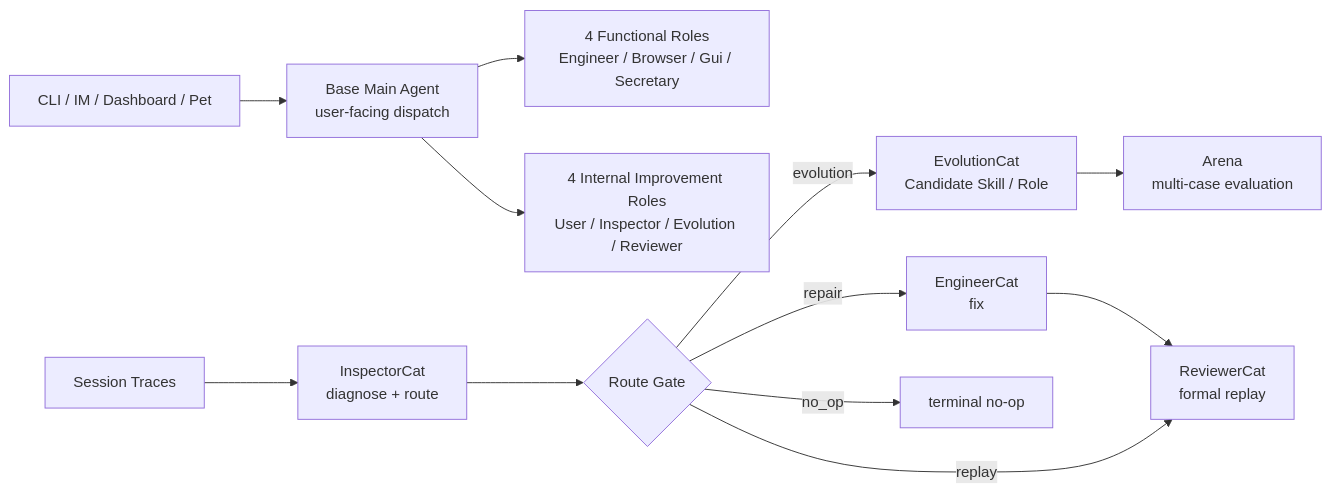
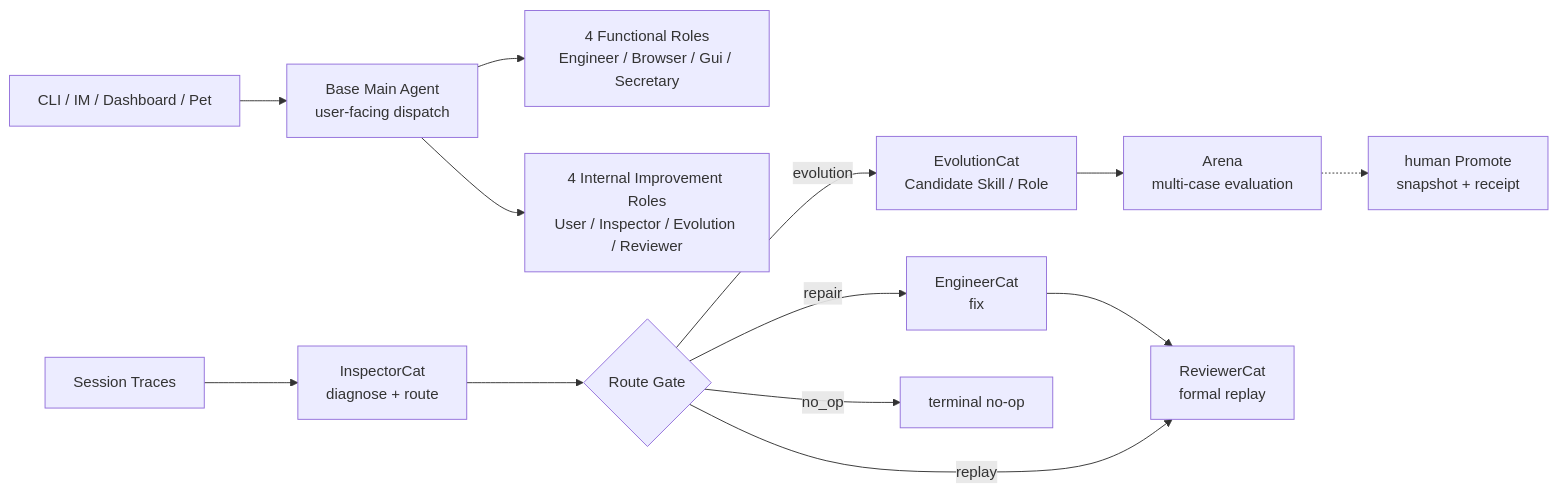
One commit to fightheyyy/XiaoBa-CLI changed the first of 2 diagrams in docs/roles-skills/SPEC.md. Above: the diagram before and after it, drawn with Mermaid. The commit also changed other lines of this file and 39 other files, not shown here.

````diff
--- a/docs/roles-skills/SPEC.md
+++ b/docs/roles-skills/SPEC.md
@@ -36,15 +36,16 @@
 ```mermaid
 flowchart LR
     Surface["CLI / IM / Dashboard / Pet"] --> Base["Base Main Agent<br/>user-facing dispatch"]
     Base --> Functional["4 Functional Roles<br/>Engineer / Browser / Gui / Secretary"]
     Base --> Internal["4 Internal Improvement Roles<br/>User / Inspector / Evolution / Reviewer"]
 
     Traces["Session Traces"] --> Inspector["InspectorCat<br/>diagnose + route"]
     Inspector --> Gate{"Route Gate"}
     Gate -->|evolution| Evolution["EvolutionCat<br/>Candidate Skill / Role"]
     Evolution --> Arena["Arena<br/>multi-case evaluation"]
+    Arena -.-> Promote["human Promote<br/>snapshot + receipt"]
     Gate -->|repair| Engineer["EngineerCat<br/>fix"]
     Engineer --> Reviewer["ReviewerCat<br/>formal replay"]
     Gate -->|replay| Reviewer
     Gate -->|no_op| NoOp["terminal no-op"]
 ```
````
